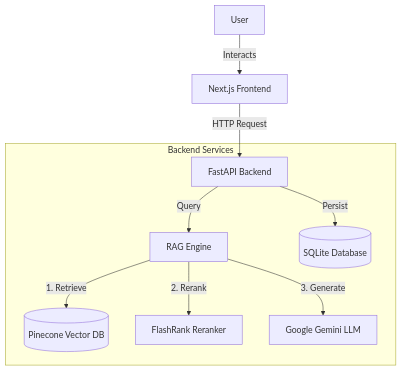
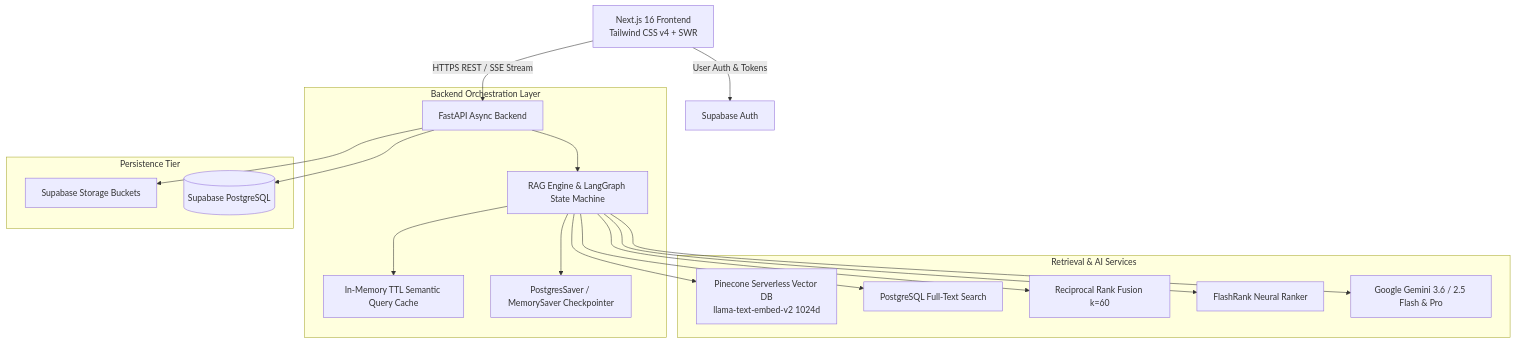
One commit to DJ-InfinityCoder/RAG changed the first of 2 diagrams in README.md. Above: the diagram before and after it, drawn with Mermaid. The commit also changed other lines of this file and 86 other files, not shown here.

````diff
--- a/README.md
+++ b/README.md
@@ -14,13 +62,24 @@
 ```mermaid
 graph TD
-    User[User] -->|Interacts| Client[Next.js Frontend]
-    Client -->|HTTP Request| API[FastAPI Backend]
+    Client[Next.js 16 Frontend<br/>Tailwind CSS v4 + SWR] -->|HTTPS REST / SSE Stream| API[FastAPI Async Backend]
+    Client -->|User Auth & Tokens| SupaAuth[Supabase Auth]
     
-    subgraph "Backend Services"
-        API -->|Query| RAG[RAG Engine]
-        RAG -->|1. Retrieve| Pinecone[(Pinecone Vector DB)]
-        RAG -->|2. Rerank| FlashRank[FlashRank Reranker]
-        RAG -->|3. Generate| Gemini[Google Gemini LLM]
-        API -->|Persist| DB[(SQLite Database)]
+    subgraph "Backend Orchestration Layer"
+        API --> Engine[RAG Engine & LangGraph State Machine]
+        Engine --> Cache[In-Memory TTL Semantic Query Cache]
+        Engine --> Checkpointer[PostgresSaver / MemorySaver Checkpointer]
+    end
+    
+    subgraph "Retrieval & AI Services"
+        Engine --> Dense[Pinecone Serverless Vector DB<br/>llama-text-embed-v2 1024d]
+        Engine --> Sparse[PostgreSQL Full-Text Search]
+        Engine --> RRF[Reciprocal Rank Fusion k=60]
+        Engine --> Reranker[FlashRank Neural Ranker]
+        Engine --> LLM[Google Gemini 3.6 / 2.5 Flash & Pro]
+    end
+    
+    subgraph "Persistence Tier"
+        API --> Storage[Supabase Storage Buckets]
+        API --> Postgres[(Supabase PostgreSQL)]
     end
 ```
````
